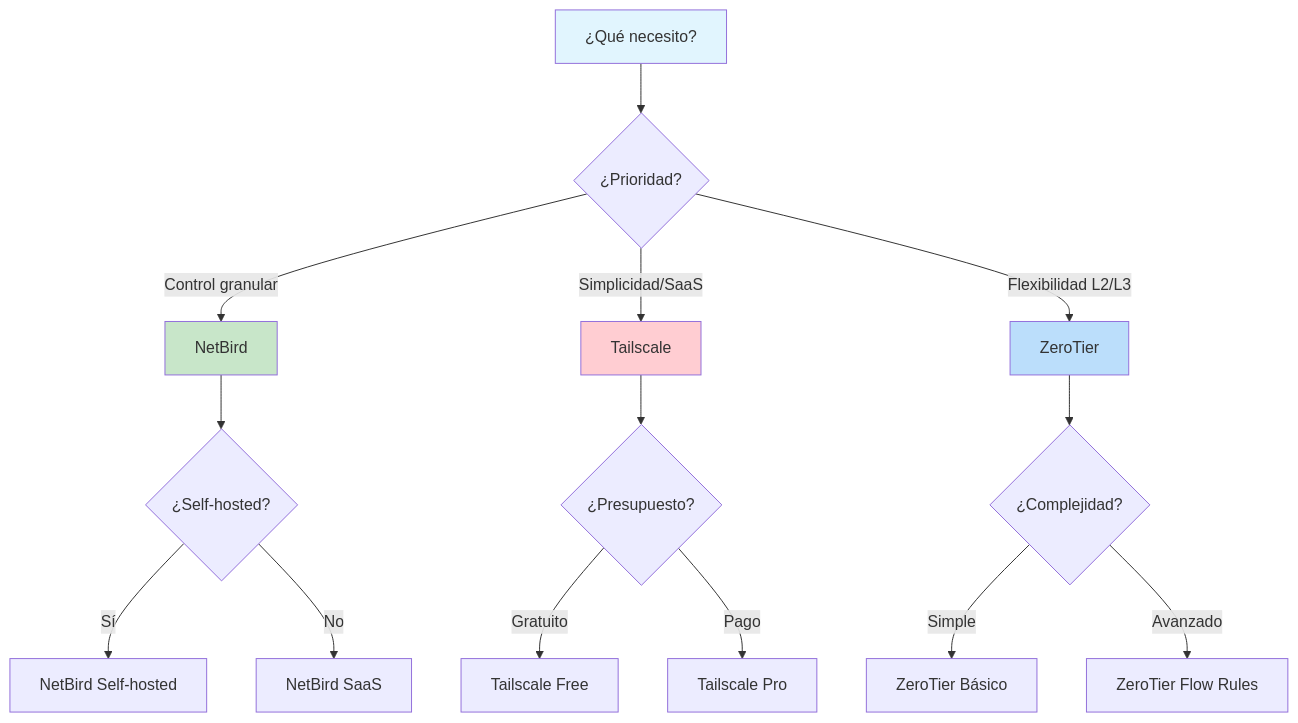
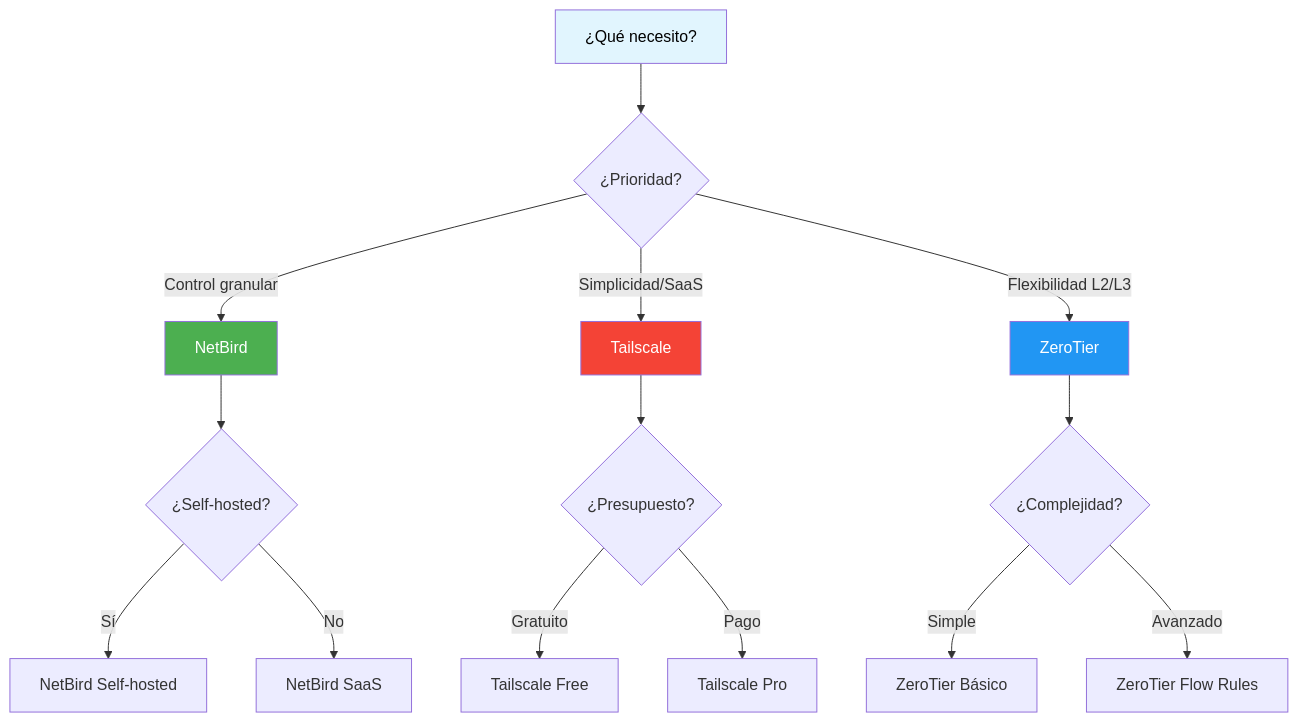
One commit to rasty94/Frikiteam-docs changed the second of 3 diagrams in docs/doc/networking/compare.md. Above: the diagram before and after it, drawn with Mermaid. The commit also changed other lines of this file, not shown here.

Commit message:
fix: Mejorar contraste de colores en diagramas de comparación networking
- Cambiar colores claros por colores Material Design con mejor contraste
- Diagrama de flujo: verde (#4caf50), rojo (#f44336), azul (#2196f3) con texto blanco
- Diagrama de seguridad: mismos colores para consistencia
- Agregar color:#000000 al nodo inicial para mejor legibilidad
- Solucionar problema de visibilidad de texto en colores claros

````diff
--- a/docs/doc/networking/compare.md
+++ b/docs/doc/networking/compare.md
@@ -64,26 +64,26 @@
 ```mermaid
 flowchart TD
     A[¿Qué necesito?] --> B{¿Prioridad?}
     
     B -->|Control granular| C[NetBird]
     B -->|Simplicidad/SaaS| D[Tailscale]
     B -->|Flexibilidad L2/L3| E[ZeroTier]
     
     C --> F{¿Self-hosted?}
     D --> G{¿Presupuesto?}
     E --> H{¿Complejidad?}
     
     F -->|Sí| I[NetBird Self-hosted]
     F -->|No| J[NetBird SaaS]
     
     G -->|Gratuito| K[Tailscale Free]
     G -->|Pago| L[Tailscale Pro]
     
     H -->|Simple| M[ZeroTier Básico]
     H -->|Avanzado| N[ZeroTier Flow Rules]
     
-    style A fill:#e1f5fe
-    style C fill:#c8e6c9
-    style D fill:#ffcdd2
-    style E fill:#bbdefb
+    style A fill:#e1f5fe,color:#000000
+    style C fill:#4caf50,color:#ffffff
+    style D fill:#f44336,color:#ffffff
+    style E fill:#2196f3,color:#ffffff
 ```
````
